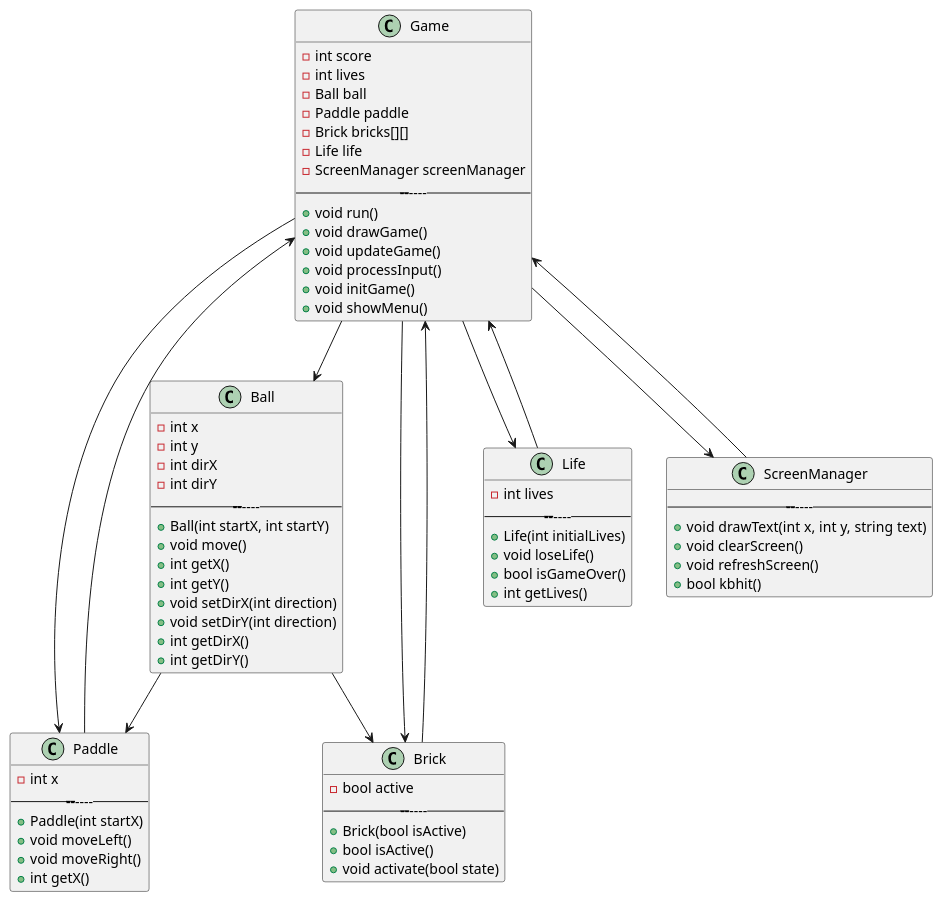
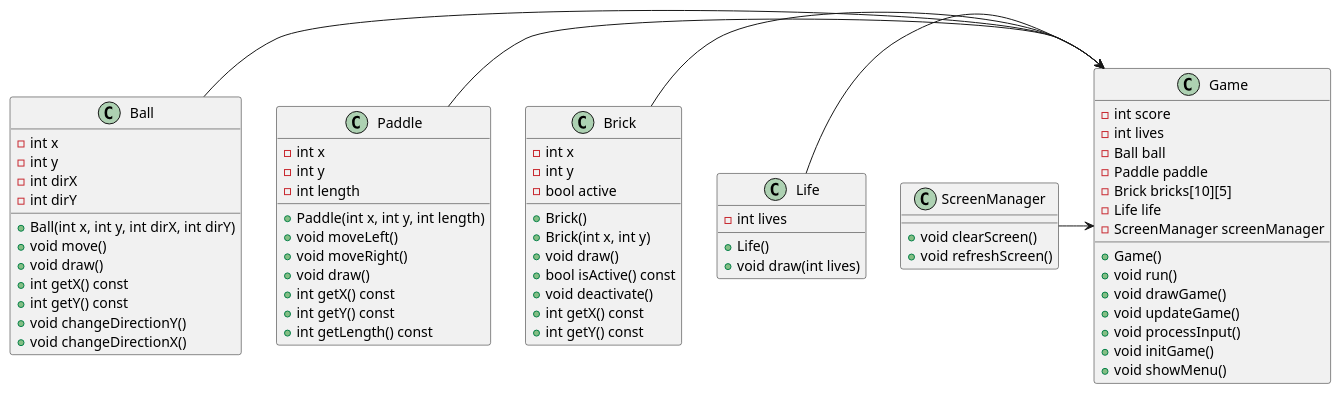
The diagram in docs/breakout.puml (Uripro7/proyecto-breakout), drawn with PlantUML before and after one commit. The commit also changed 19 other files, not shown here.

```diff
--- a/docs/breakout.puml
+++ b/docs/breakout.puml
@@ -1,82 +1,77 @@
 @startuml breakout
 
-class Game {
-    - int score
-    - int lives
-    - Ball ball
-    - Paddle paddle
-    - Brick bricks[][]
-    - Life life
-    - ScreenManager screenManager
-    ------------------
-    + void run()
-    + void drawGame()
-    + void updateGame()
-    + void processInput()
-    + void initGame()
-    + void showMenu()
-}
-
 class Ball {
-    - int x
-    - int y
-    - int dirX
-    - int dirY
-    ------------------
-    + Ball(int startX, int startY)
-    + void move()
-    + int getX()
-    + int getY()
-    + void setDirX(int direction)
-    + void setDirY(int direction)
-    + int getDirX()
-    + int getDirY()
+    -int x
+    -int y
+    -int dirX
+    -int dirY
+    +Ball(int x, int y, int dirX, int dirY)
+    +void move()
+    +void draw()
+    +int getX() const
+    +int getY() const
+    +void changeDirectionY()
+    +void changeDirectionX()
 }
 
 class Paddle {
-    - int x
-    ------------------
-    + Paddle(int startX)
-    + void moveLeft()
-    + void moveRight()
-    + int getX()
+    -int x
+    -int y
+    -int length
+    +Paddle(int x, int y, int length)
+    +void moveLeft()
+    +void moveRight()
+    +void draw()
+    +int getX() const
+    +int getY() const
+    +int getLength() const
 }
 
 class Brick {
-    - bool active
-    ------------------
-    + Brick(bool isActive)
-    + bool isActive()
-    + void activate(bool state)
+    -int x
+    -int y
+    -bool active
+    +Brick()
+    +Brick(int x, int y)
+    +void draw()
+    +bool isActive() const
+    +void deactivate()
+    +int getX() const
+    +int getY() const
 }
 
 class Life {
-    - int lives
-    ------------------
-    + Life(int initialLives)
-    + void loseLife()
-    + bool isGameOver()
-    + int getLives()
+    -int lives
+    +Life()
+    +void draw(int lives)
 }
 
 class ScreenManager {
-    ------------------
-    + void drawText(int x, int y, string text)
-    + void clearScreen()
-    + void refreshScreen()
-    + bool kbhit()
+    +void clearScreen()
+    +void refreshScreen()
 }
 
-Game --> Ball
-Game --> Paddle
-Game --> Brick
-Game --> Life
-Game --> ScreenManager
-Ball --> Paddle
-Ball --> Brick
-Paddle --> Game
-Brick --> Game
-Life --> Game
-ScreenManager --> Game
+class Game {
+    -int score
+    -int lives
+    -Ball ball
+    -Paddle paddle
+    -Brick bricks[10][5]
+    -Life life
+    -ScreenManager screenManager
+    +Game()
+    +void run()
+    +void drawGame()
+    +void updateGame()
+    +void processInput()
+    +void initGame()
+    +void showMenu()
+}
+
+Ball -> Game
+Paddle -> Game
+Brick -> Game
+Life -> Game
+ScreenManager -> Game
 
 @enduml
```
